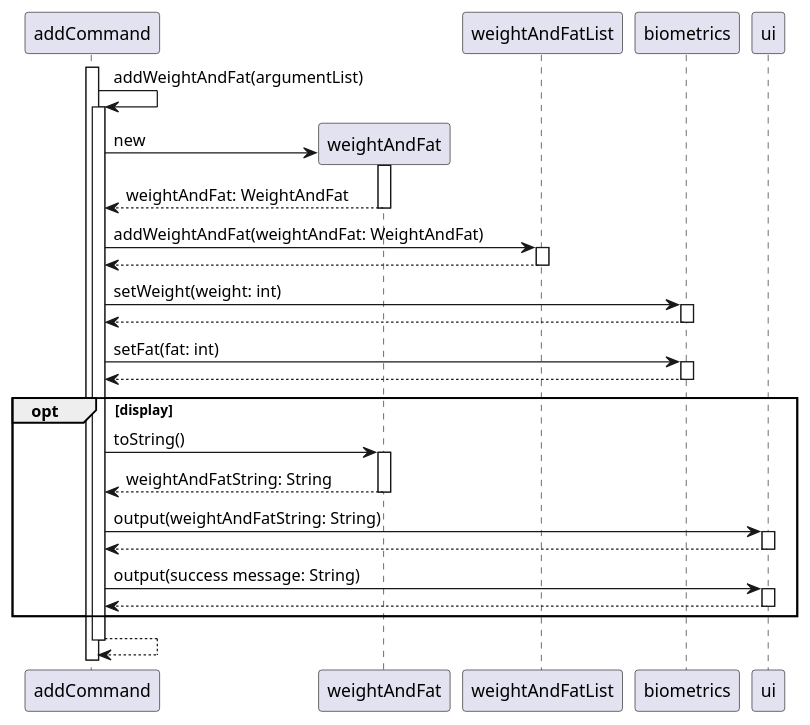
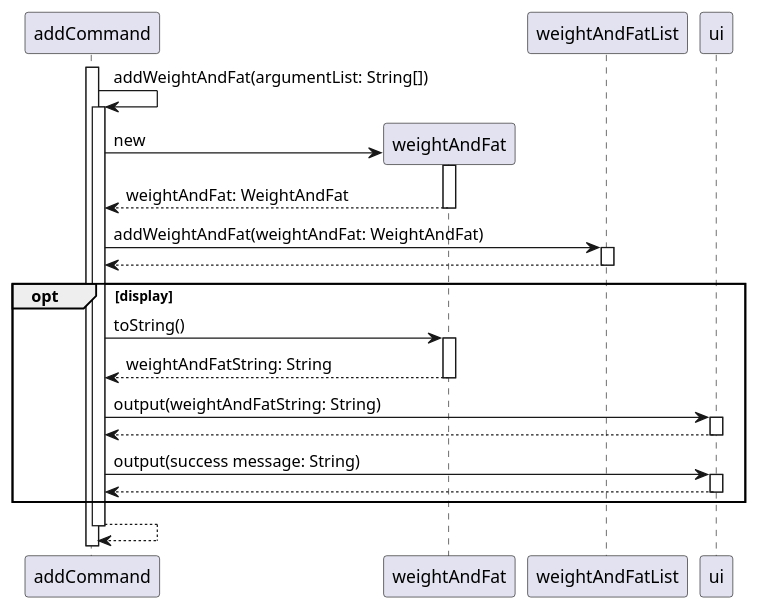
One commit to nus-cs2113-AY2223S1/tp changed the diagram in docs/UmlDiagrams/AddWeightAndFat.puml. Above: the diagram before and after it, drawn with PlantUML. The commit also changed 4 other files, not shown here.

```diff
--- a/docs/UmlDiagrams/AddWeightAndFat.puml
+++ b/docs/UmlDiagrams/AddWeightAndFat.puml
@@ -1,28 +1,24 @@
 @startuml
 'https://plantuml.com/sequence-diagram
 
 autoactivate on
 
 
 activate addCommand
-    addCommand -> addCommand: addWeightAndFat(argumentList)
+    addCommand -> addCommand: addWeightAndFat(argumentList: String[])
     addCommand -> weightAndFat **: new
     activate weightAndFat
     addCommand <-- weightAndFat: weightAndFat: WeightAndFat
     addCommand -> weightAndFatList: addWeightAndFat(weightAndFat: WeightAndFat)
-    return
-    addCommand -> biometrics: setWeight(weight: int)
-    return
-    addCommand -> biometrics: setFat(fat: int)
     return
     opt display
         addCommand -> weightAndFat: toString()
         return weightAndFatString: String
         addCommand -> ui: output(weightAndFatString: String)
         return
         addCommand -> ui: output(success message: String)
         return
     end
 return
 
 @enduml
```
